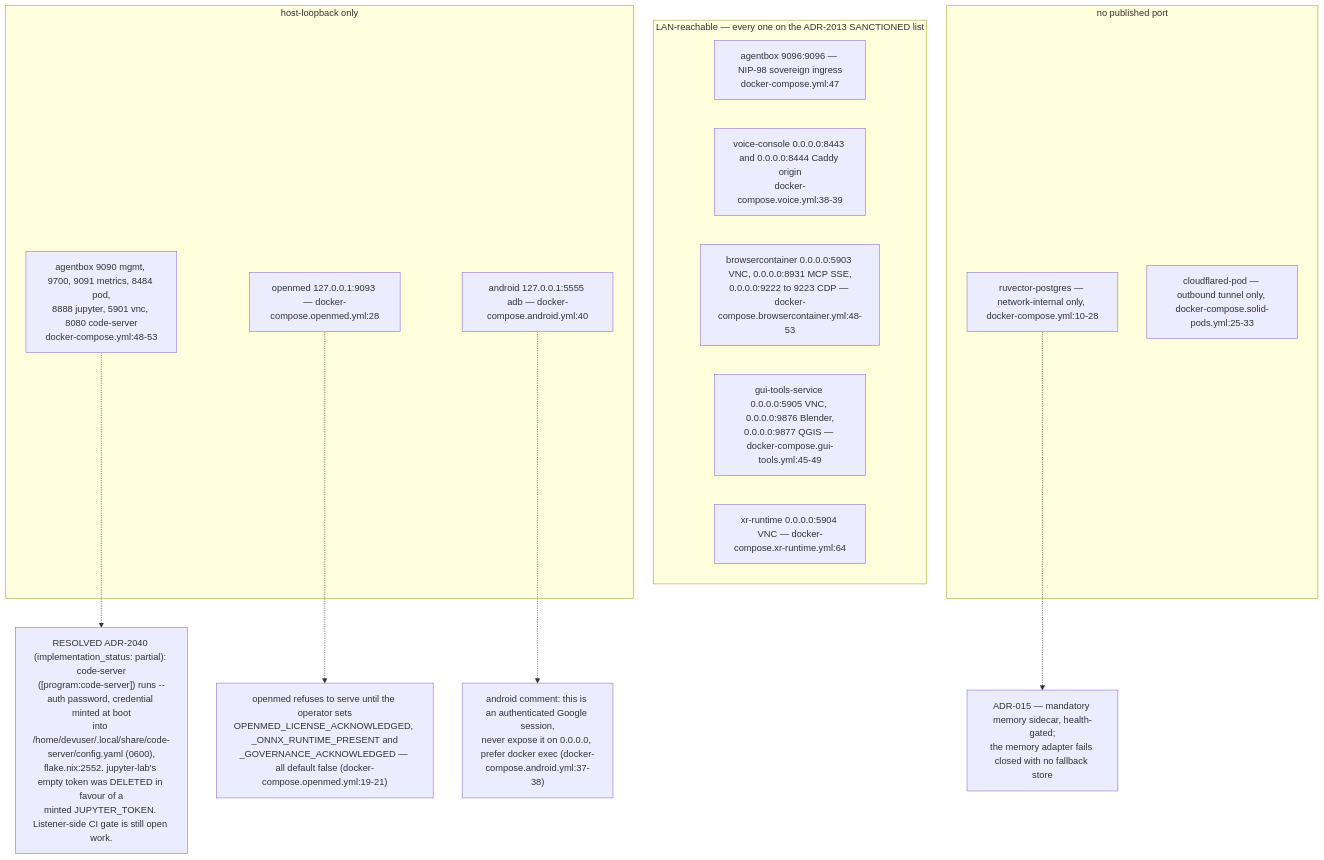
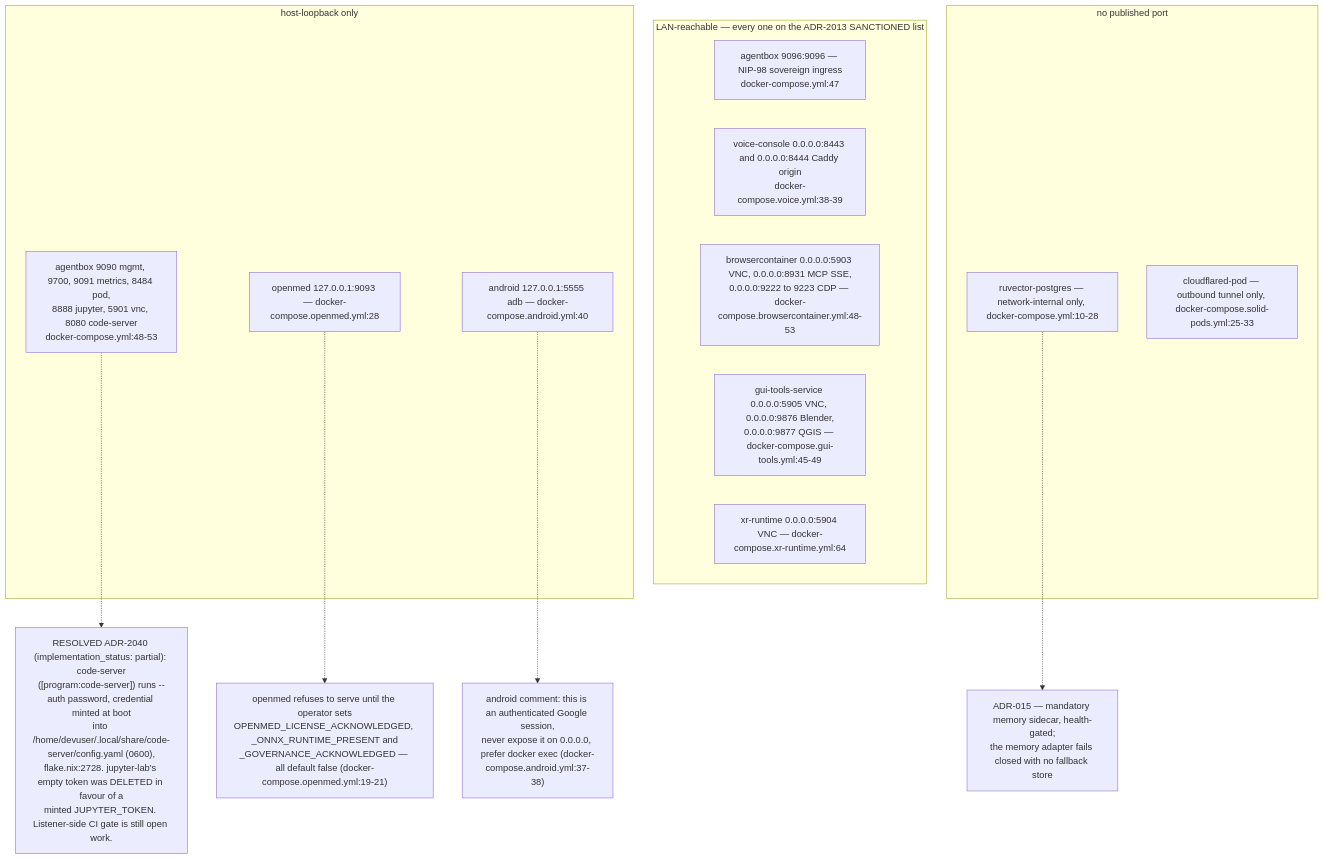
The seventh of 13 diagrams in docs/diagrams/agentbox/06-sidecars-and-compose-overlays.md (DreamLab-AI/VisionFlow), drawn with Mermaid before and after one commit. The commit also changed other lines of this file and 111 other files, not shown here.

Commit message:
docs(diagrams): align estate maps with current source

````diff
--- a/docs/diagrams/agentbox/06-sidecars-and-compose-overlays.md
+++ b/docs/diagrams/agentbox/06-sidecars-and-compose-overlays.md
@@ -219,23 +219,23 @@
 ```mermaid
 flowchart TB
     subgraph LANP["LAN-reachable — every one on the ADR-2013 SANCTIONED list"]
         P1["agentbox 9096:9096 — NIP-98 sovereign ingress<br/>docker-compose.yml:47"]
         P2["voice-console 0.0.0.0:8443 and 0.0.0.0:8444 Caddy origin<br/>docker-compose.voice.yml:38-39"]
         P3["browsercontainer 0.0.0.0:5903 VNC, 0.0.0.0:8931 MCP SSE,<br/>0.0.0.0:9222 to 9223 CDP — docker-compose.browsercontainer.yml:48-53"]
         P4["gui-tools-service 0.0.0.0:5905 VNC, 0.0.0.0:9876 Blender,<br/>0.0.0.0:9877 QGIS — docker-compose.gui-tools.yml:45-49"]
         P5["xr-runtime 0.0.0.0:5904 VNC — docker-compose.xr-runtime.yml:64"]
     end
     subgraph LOOP["host-loopback only"]
         Q1["agentbox 9090 mgmt, 9700, 9091 metrics, 8484 pod,<br/>8888 jupyter, 5901 vnc, 8080 code-server<br/>docker-compose.yml:48-53"]
         Q2["openmed 127.0.0.1:9093 — docker-compose.openmed.yml:28"]
         Q3["android 127.0.0.1:5555 adb — docker-compose.android.yml:40"]
     end
     subgraph NONE["no published port"]
         R1["ruvector-postgres — network-internal only, docker-compose.yml:10-28"]
         R2["cloudflared-pod — outbound tunnel only, docker-compose.solid-pods.yml:25-33"]
     end
     Q3 -.-> AND["android comment: this is an authenticated Google session,<br/>never expose it on 0.0.0.0, prefer docker exec (docker-compose.android.yml:37-38)"]
     Q2 -.-> OM["openmed refuses to serve until the operator sets<br/>OPENMED_LICENSE_ACKNOWLEDGED, _ONNX_RUNTIME_PRESENT and<br/>_GOVERNANCE_ACKNOWLEDGED — all default false (docker-compose.openmed.yml:19-21)"]
-    Q1 -.-> CSR["RESOLVED ADR-2040 (implementation_status: partial): code-server<br/>([program:code-server]) runs --auth password, credential minted at boot<br/>into /home/devuser/.local/share/code-server/config.yaml (0600),<br/>flake.nix:2552. jupyter-lab's empty token was DELETED in favour of a<br/>minted JUPYTER_TOKEN. Listener-side CI gate is still open work."]
+    Q1 -.-> CSR["RESOLVED ADR-2040 (implementation_status: partial): code-server<br/>([program:code-server]) runs --auth password, credential minted at boot<br/>into /home/devuser/.local/share/code-server/config.yaml (0600),<br/>flake.nix:2728. jupyter-lab's empty token was DELETED in favour of a<br/>minted JUPYTER_TOKEN. Listener-side CI gate is still open work."]
     R1 -.-> PGN["ADR-015 — mandatory memory sidecar, health-gated;<br/>the memory adapter fails closed with no fallback store"]
 ```
````
